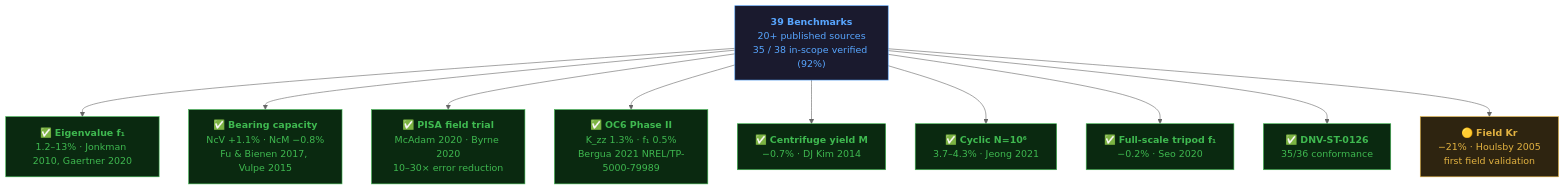
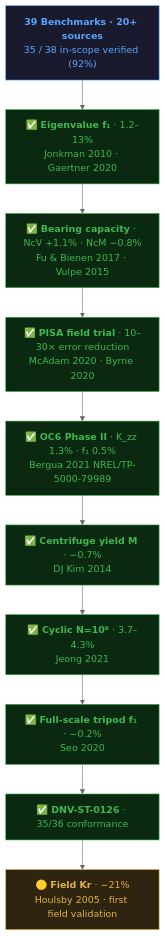
Before and after one commit to ksk5429/numerical_model: the second of 7 diagrams in README.md, drawn with Mermaid (neutral theme). The commit also changed other lines of this file, not shown here.

First line of the commit message:
docs: condense README as landing page + vertical diagrams + collapsibles

````diff
--- a/README.md
+++ b/README.md
@@ -214,27 +233,26 @@
 ```mermaid
-graph TD
-    T["`**39 Benchmarks**
-    20+ published sources
+flowchart TB
+    T["`**39 Benchmarks · 20+ sources**
     35 / 38 in-scope verified (92%)`"]
 
-    T --> C1["`✅ <b>Eigenvalue f₁</b><br/>1.2–13% · Jonkman 2010, Gaertner 2020`"]
-    T --> C2["`✅ <b>Bearing capacity</b><br/>NcV +1.1% · NcM −0.8%<br/>Fu & Bienen 2017, Vulpe 2015`"]
-    T --> C3["`✅ <b>PISA field trial</b><br/>McAdam 2020 · Byrne 2020<br/>10–30× error reduction`"]
-    T --> C4["`✅ <b>OC6 Phase II</b><br/>K_zz 1.3% · f₁ 0.5%<br/>Bergua 2021 NREL/TP-5000-79989`"]
-    T --> C5["`✅ <b>Centrifuge yield M</b><br/>−0.7% · DJ Kim 2014`"]
-    T --> C6["`✅ <b>Cyclic N=10⁶</b><br/>3.7–4.3% · Jeong 2021`"]
-    T --> C7["`✅ <b>Full-scale tripod f₁</b><br/>−0.2% · Seo 2020`"]
-    T --> C8["`✅ <b>DNV-ST-0126</b><br/>35/36 conformance`"]
-    T --> C9["`🟡 <b>Field Kr</b><br/>−21% · Houlsby 2005<br/>first field validation`"]
+    T --> C1["`✅ <b>Eigenvalue f₁</b> · 1.2–13%<br/>Jonkman 2010 · Gaertner 2020`"]
+    C1 --> C2["`✅ <b>Bearing capacity</b> · NcV +1.1% · NcM −0.8%<br/>Fu & Bienen 2017 · Vulpe 2015`"]
+    C2 --> C3["`✅ <b>PISA field trial</b> · 10–30× error reduction<br/>McAdam 2020 · Byrne 2020`"]
+    C3 --> C4["`✅ <b>OC6 Phase II</b> · K_zz 1.3% · f₁ 0.5%<br/>Bergua 2021 NREL/TP-5000-79989`"]
+    C4 --> C5["`✅ <b>Centrifuge yield M</b> · −0.7%<br/>DJ Kim 2014`"]
+    C5 --> C6["`✅ <b>Cyclic N=10⁶</b> · 3.7–4.3%<br/>Jeong 2021`"]
+    C6 --> C7["`✅ <b>Full-scale tripod f₁</b> · −0.2%<br/>Seo 2020`"]
+    C7 --> C8["`✅ <b>DNV-ST-0126</b> · 35/36 conformance`"]
+    C8 --> C9["`🟡 <b>Field Kr</b> · −21%<br/>Houlsby 2005 · first field validation`"]
 
     style T fill:#1a1a2e,stroke:#58a6ff,color:#58a6ff
     style C1 fill:#0a2910,stroke:#3fb950,color:#3fb950
     style C2 fill:#0a2910,stroke:#3fb950,color:#3fb950
     style C3 fill:#0a2910,stroke:#3fb950,color:#3fb950
     style C4 fill:#0a2910,stroke:#3fb950,color:#3fb950
     style C5 fill:#0a2910,stroke:#3fb950,color:#3fb950
     style C6 fill:#0a2910,stroke:#3fb950,color:#3fb950
     style C7 fill:#0a2910,stroke:#3fb950,color:#3fb950
     style C8 fill:#0a2910,stroke:#3fb950,color:#3fb950
     style C9 fill:#2e2410,stroke:#e3b341,color:#e3b341
 ```
````
